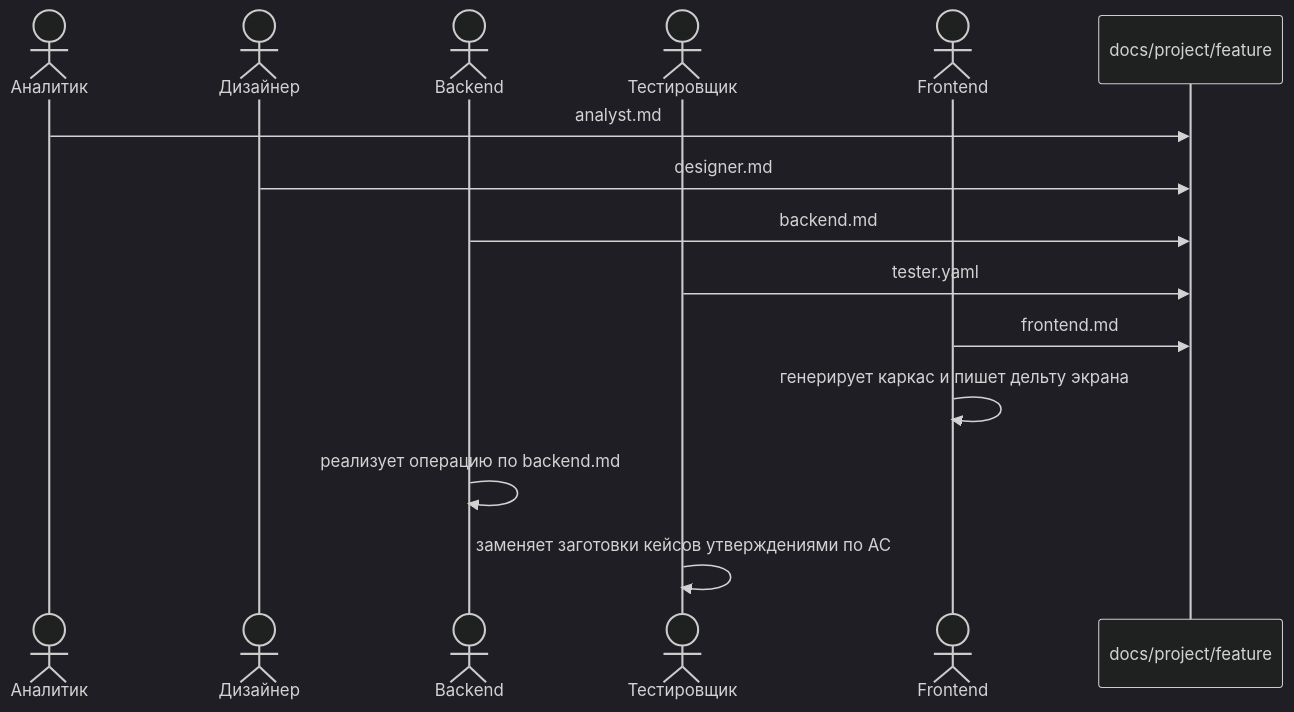
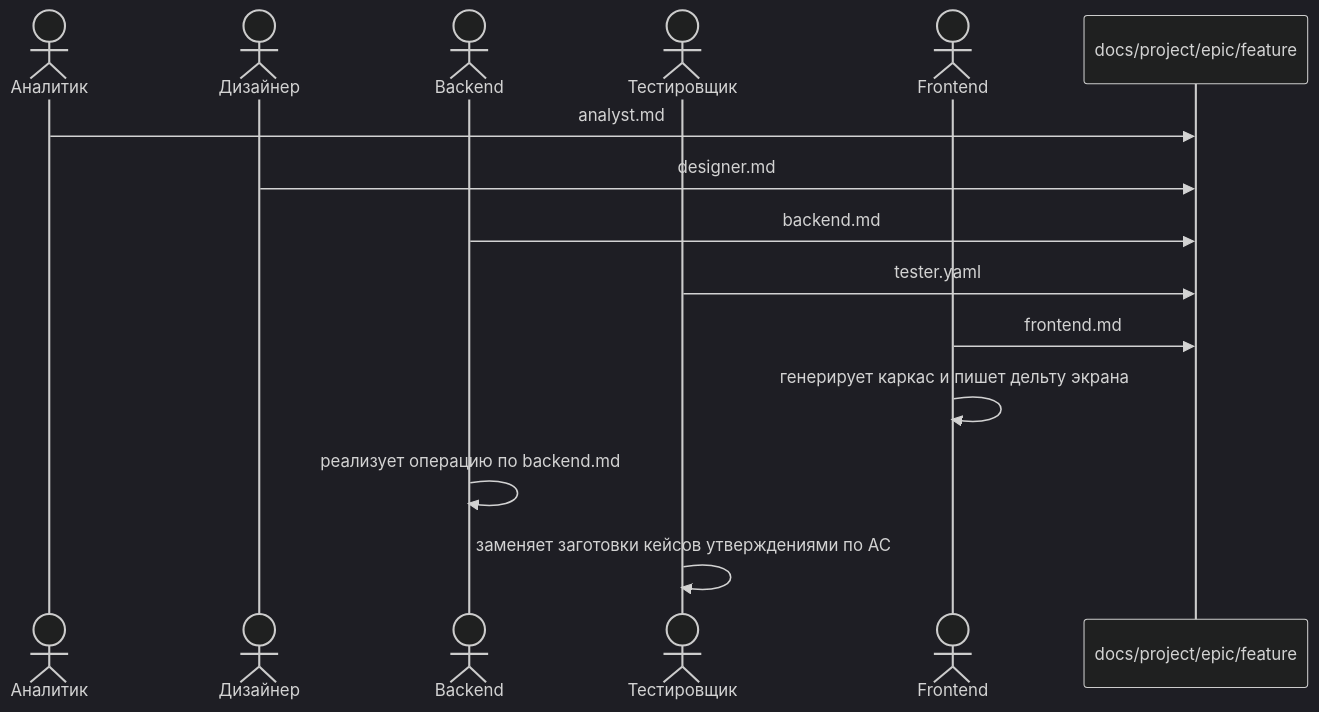
Before and after one commit to Starodubenko/sdd-visualizer: the fourth of 6 diagrams in docs/method/04-roles.md, drawn with Mermaid (dark theme). The commit also changed other lines of this file and 70 other files, not shown here.

````diff
--- a/docs/method/04-roles.md
+++ b/docs/method/04-roles.md
@@ -113,18 +113,18 @@
 ```mermaid
 sequenceDiagram
   actor Analyst as Аналитик
   actor Designer as Дизайнер
   actor Back as Backend
   actor Tester as Тестировщик
   actor Front as Frontend
-  participant Spec as docs/project/feature
+  participant Spec as docs/project/epic/feature
 
   Analyst->>Spec: analyst.md
   Designer->>Spec: designer.md
   Back->>Spec: backend.md
   Tester->>Spec: tester.yaml
   Front->>Spec: frontend.md
   Front->>Front: генерирует каркас и пишет дельту экрана
   Back->>Back: реализует операцию по backend.md
   Tester->>Tester: заменяет заготовки кейсов утверждениями по AC
 ```
````
